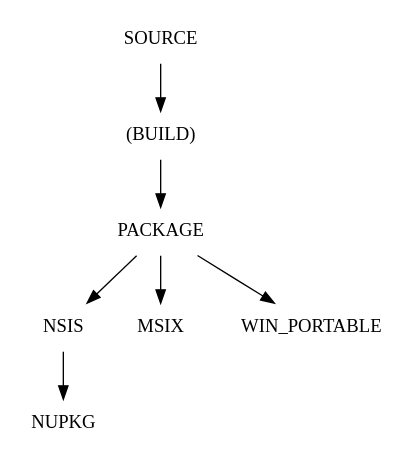
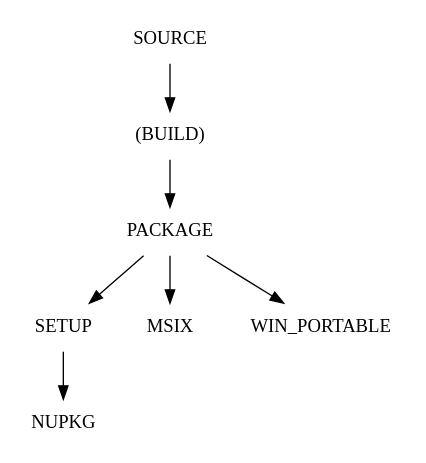
One commit to snazzyatoms/sentinel-bsys6 changed the diagram in assets/structure.dot. Above: the diagram before and after it, drawn with Graphviz. The commit also changed 7 other files, not shown here.

Commit message:
rename `NSIS` artifact to `SETUP`

```diff
--- a/assets/structure.dot
+++ b/assets/structure.dot
@@ -1,6 +1,6 @@
 digraph {
   node [shape = plaintext;];
   
-  SOURCE -> "(BUILD)" -> PACKAGE -> {NSIS MSIX WIN_PORTABLE};
-  NSIS -> NUPKG;
+  SOURCE -> "(BUILD)" -> PACKAGE -> {SETUP MSIX WIN_PORTABLE};
+  SETUP -> NUPKG;
 }
```
